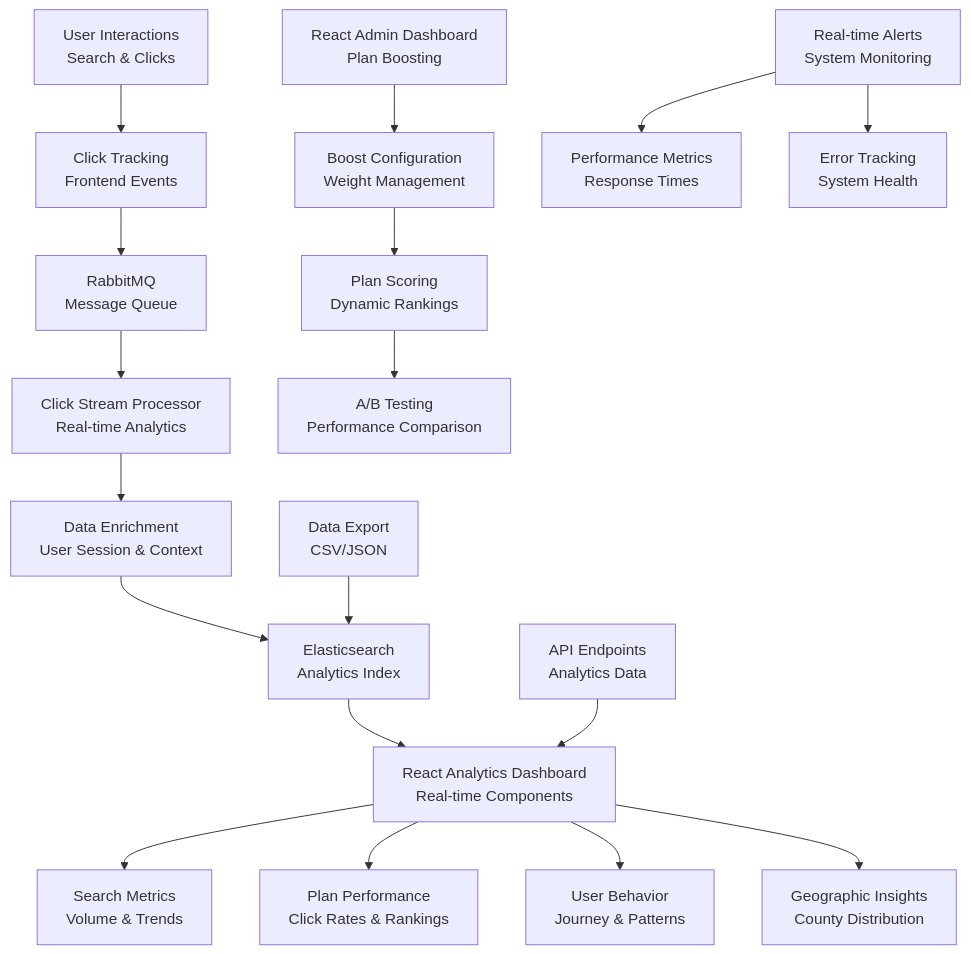
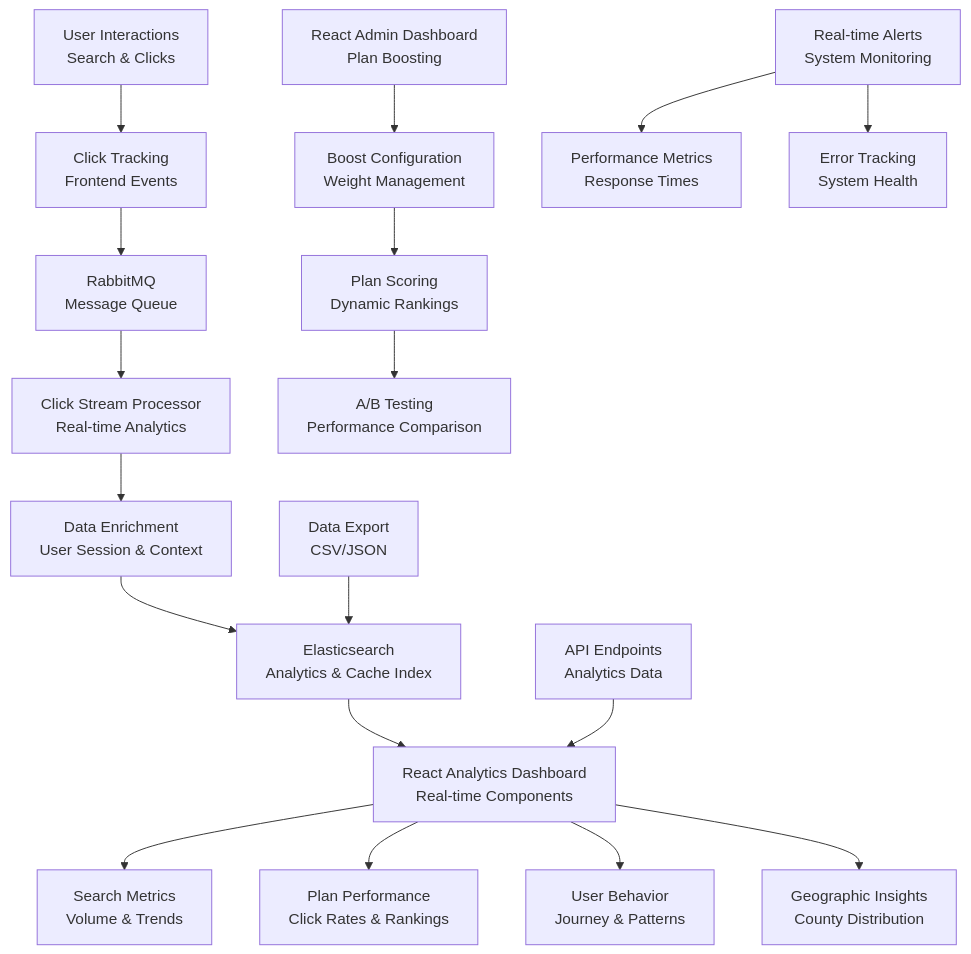
One commit to bommas/ambetter-project changed the sixth of 6 diagrams in PROJECT_REQUIREMENTS.md. Above: the diagram before and after it, drawn with Mermaid. The commit also changed other lines of this file and 2 other files, not shown here.

First line of the commit message:
Remove Redis dependency - use Elasticsearch for everything

````diff
--- a/PROJECT_REQUIREMENTS.md
+++ b/PROJECT_REQUIREMENTS.md
@@ -249,25 +247,25 @@
 ```mermaid
 graph TB
     A[User Interactions<br/>Search & Clicks] --> B[Click Tracking<br/>Frontend Events]
     B --> C[RabbitMQ<br/>Message Queue]
     
     C --> D[Click Stream Processor<br/>Real-time Analytics]
     D --> E[Data Enrichment<br/>User Session & Context]
-    E --> F[Elasticsearch<br/>Analytics Index]
+    E --> F[Elasticsearch<br/>Analytics & Cache Index]
     
     F --> G[React Analytics Dashboard<br/>Real-time Components]
     G --> H[Search Metrics<br/>Volume & Trends]
     G --> I[Plan Performance<br/>Click Rates & Rankings]
     G --> J[User Behavior<br/>Journey & Patterns]
     G --> K[Geographic Insights<br/>County Distribution]
     
     L[React Admin Dashboard<br/>Plan Boosting] --> M[Boost Configuration<br/>Weight Management]
     M --> N[Plan Scoring<br/>Dynamic Rankings]
     N --> O[A/B Testing<br/>Performance Comparison]
     
     P[Real-time Alerts<br/>System Monitoring] --> Q[Performance Metrics<br/>Response Times]
     P --> R[Error Tracking<br/>System Health]
     
     S[Data Export<br/>CSV/JSON] --> F
     T[API Endpoints<br/>Analytics Data] --> G
 ```
````
